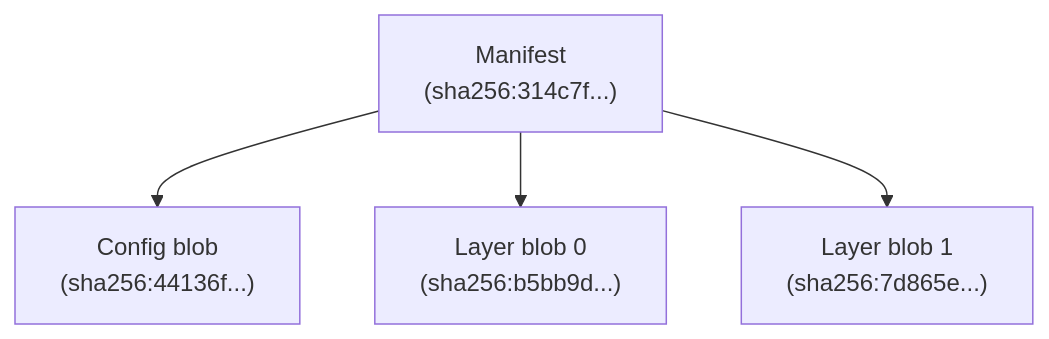
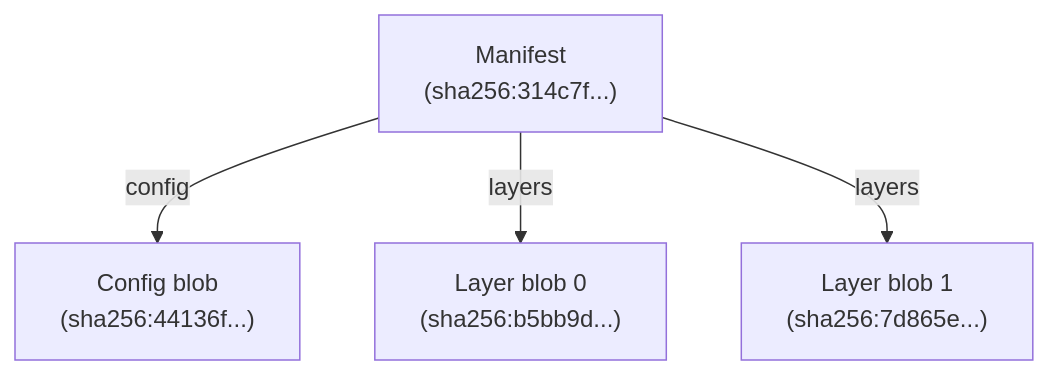
One commit to oras-project/oras-go changed the first of 2 diagrams in docs/Artifacts-Model.md. Above: the diagram before and after it, drawn with Mermaid. The commit also changed other lines of this file, not shown here.

````diff
--- a/docs/Artifacts-Model.md
+++ b/docs/Artifacts-Model.md
@@ -49,8 +49,8 @@
 ```mermaid
 graph TD;
 
-Manifest["Manifest<br>(sha256:314c7f...)"]-->Config["Config blob<br>(sha256:44136f...)"]
-Manifest-->Layer0["Layer blob 0<br>(sha256:b5bb9d...)"]
-Manifest-->Layer1["Layer blob 1<br>(sha256:7d865e...)"]
+Manifest["Manifest<br>(sha256:314c7f...)"]--config-->Config["Config blob<br>(sha256:44136f...)"]
+Manifest--layers-->Layer0["Layer blob 0<br>(sha256:b5bb9d...)"]
+Manifest--layers-->Layer1["Layer blob 1<br>(sha256:7d865e...)"]
 
 ```
````
